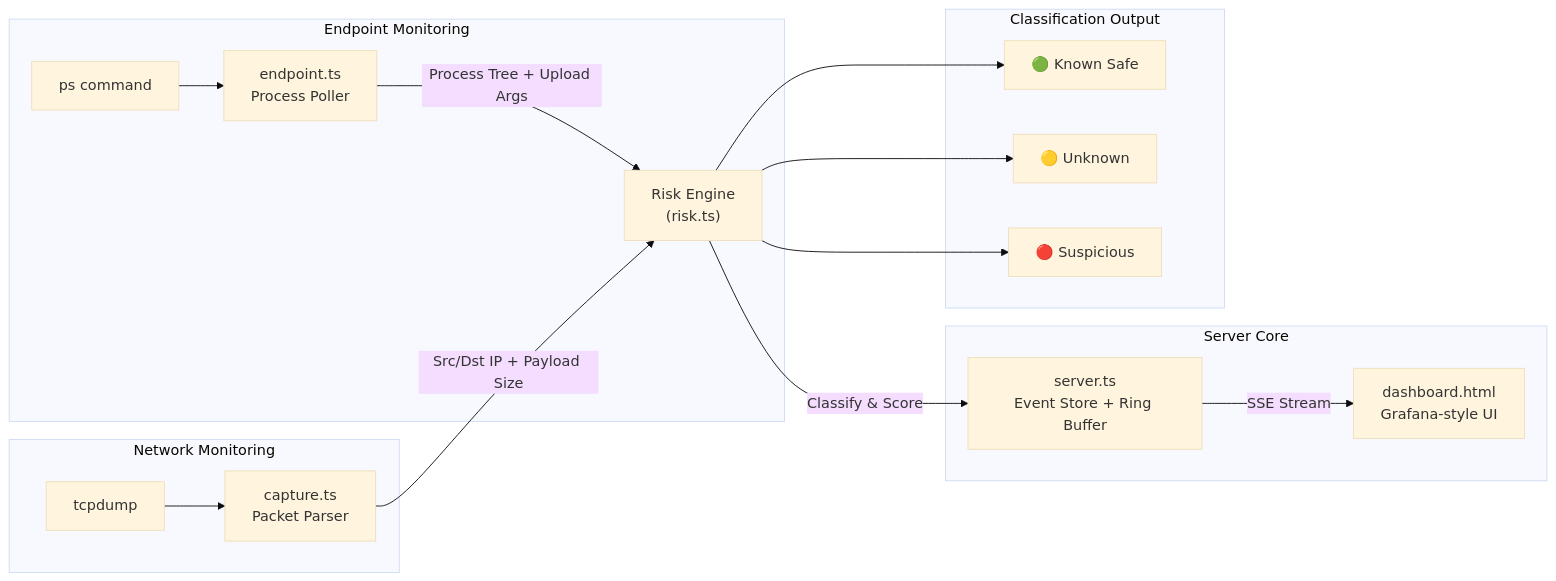
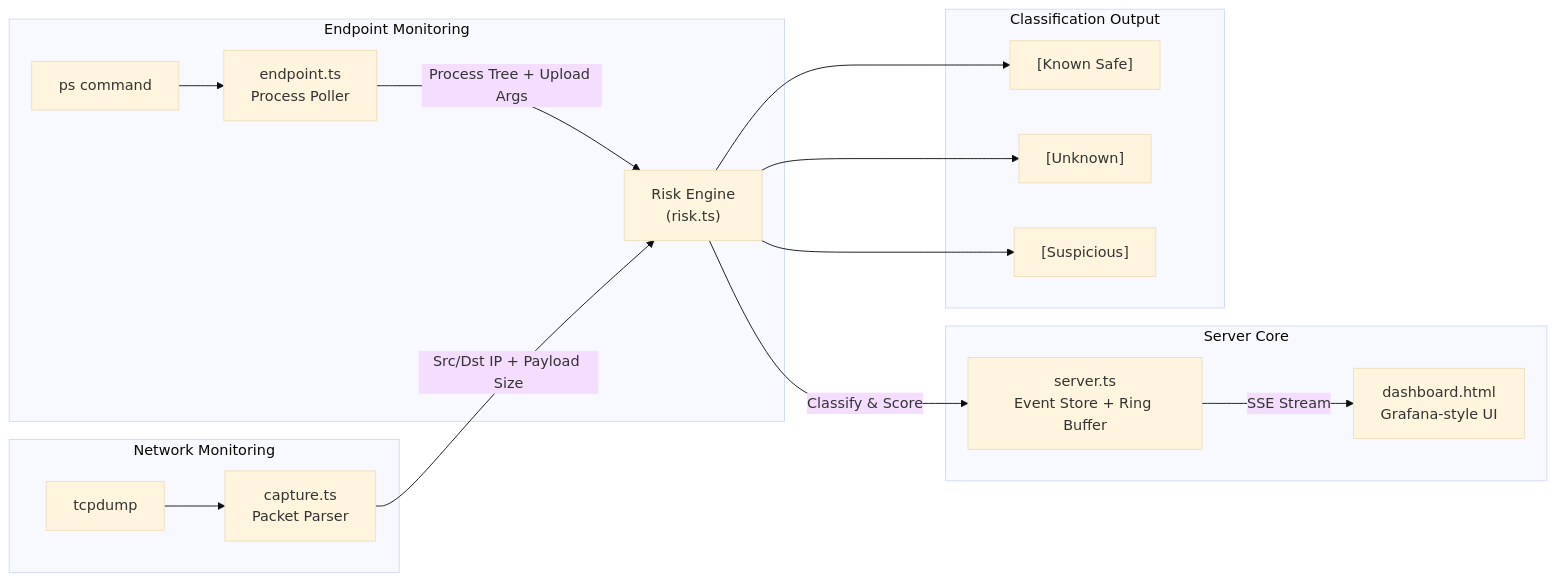
The diagram in README.md (osumtr-web/binary-upload-tracker), drawn with Mermaid (base theme) before and after one commit. The commit also changed other lines of this file, not shown here.

````diff
--- a/README.md
+++ b/README.md
@@ -19,23 +19,23 @@
 ```mermaid
 graph LR
     subgraph "Endpoint Monitoring"
         PS["ps command"] --> EP["endpoint.ts<br/>Process Poller"]
         EP -->|"Process Tree + Upload Args"| RE["Risk Engine<br/>(risk.ts)"]
     end
 
     subgraph "Network Monitoring"
         TCP["tcpdump"] --> CAP["capture.ts<br/>Packet Parser"]
         CAP -->|"Src/Dst IP + Payload Size"| RE
     end
 
     subgraph "Server Core"
         RE -->|"Classify & Score"| SRV["server.ts<br/>Event Store + Ring Buffer"]
         SRV -->|"SSE Stream"| UI["dashboard.html<br/>Grafana-style UI"]
     end
 
     subgraph "Classification Output"
-        RE --> KS["🟢 Known Safe"]
-        RE --> UN["🟡 Unknown"]
-        RE --> SU["🔴 Suspicious"]
+        RE --> KS["[Known Safe]"]
+        RE --> UN["[Unknown]"]
+        RE --> SU["[Suspicious]"]
     end
 ```
````
